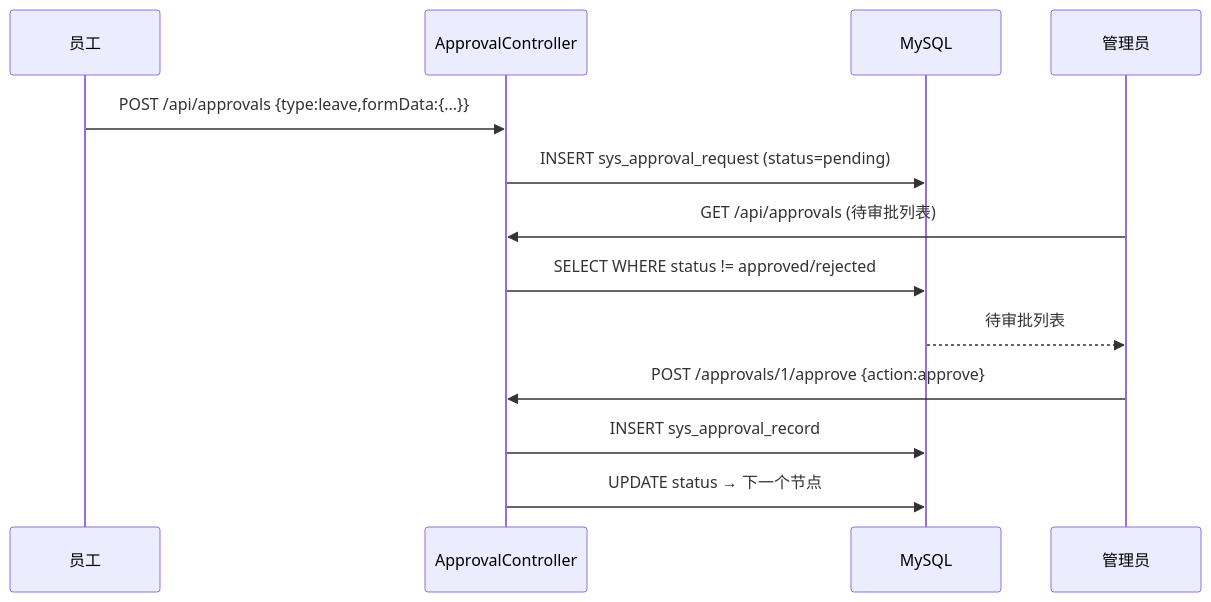
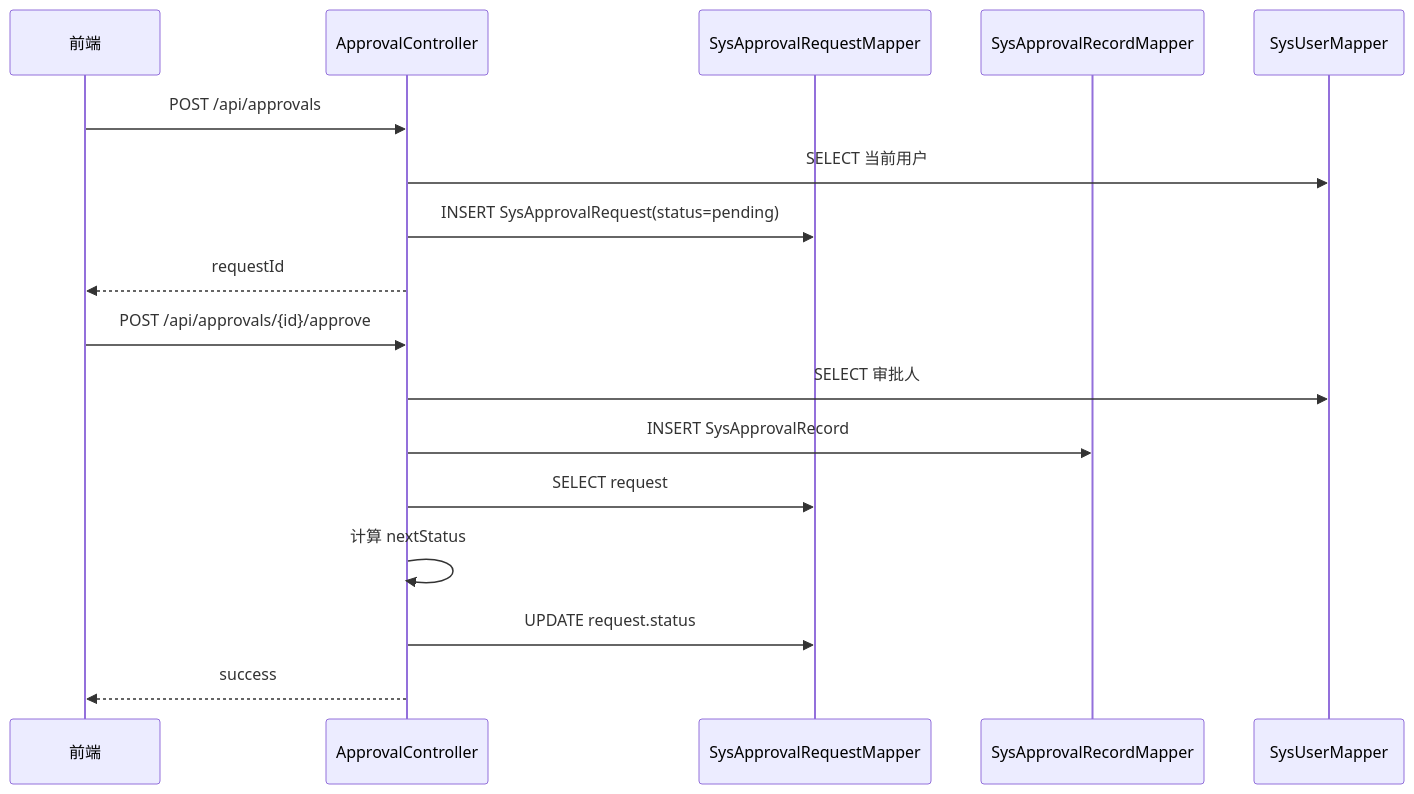
Before and after one commit to ZjlShenshiqing/EnterpriseKnowledgeWorkspace: the tenth of 12 diagrams in docs/collaboration-service-code-analysis.md, drawn with Mermaid. The commit also changed other lines of this file and 26 other files, not shown here.

````diff
--- a/docs/collaboration-service-code-analysis.md
+++ b/docs/collaboration-service-code-analysis.md
@@ -385,18 +493,21 @@
 ```mermaid
 sequenceDiagram
-    participant U as 员工
+    participant FE as 前端
     participant CTL as ApprovalController
-    participant DB as MySQL
-    participant MGR as 管理员
+    participant REQ as SysApprovalRequestMapper
+    participant REC as SysApprovalRecordMapper
+    participant USER as SysUserMapper
 
-    U->>CTL: POST /api/approvals {type:leave,formData:{...}}
-    CTL->>DB: INSERT sys_approval_request (status=pending)
+    FE->>CTL: POST /api/approvals
+    CTL->>USER: SELECT 当前用户
+    CTL->>REQ: INSERT SysApprovalRequest(status=pending)
+    CTL-->>FE: requestId
 
-    MGR->>CTL: GET /api/approvals (待审批列表)
-    CTL->>DB: SELECT WHERE status != approved/rejected
-    DB-->>MGR: 待审批列表
-
-    MGR->>CTL: POST /approvals/1/approve {action:approve}
-    CTL->>DB: INSERT sys_approval_record
-    CTL->>DB: UPDATE status → 下一个节点
+    FE->>CTL: POST /api/approvals/{id}/approve
+    CTL->>USER: SELECT 审批人
+    CTL->>REC: INSERT SysApprovalRecord
+    CTL->>REQ: SELECT request
+    CTL->>CTL: 计算 nextStatus
+    CTL->>REQ: UPDATE request.status
+    CTL-->>FE: success
 ```
````
